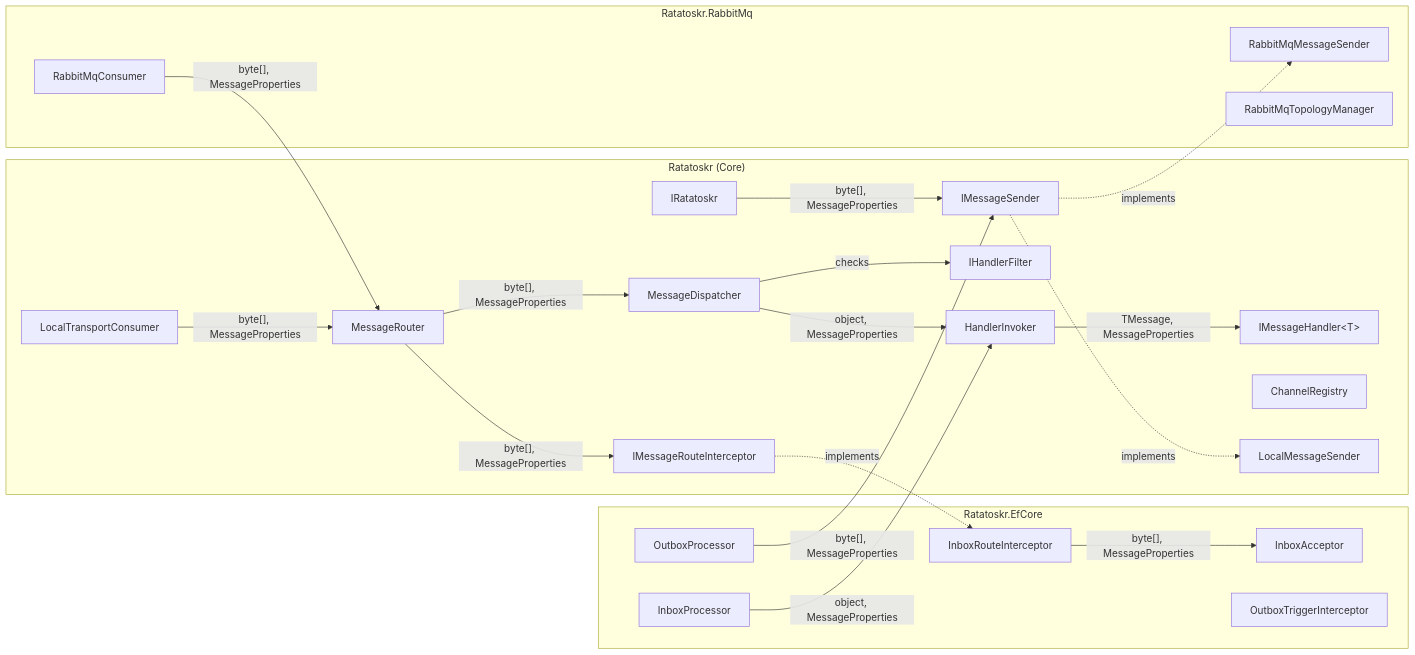
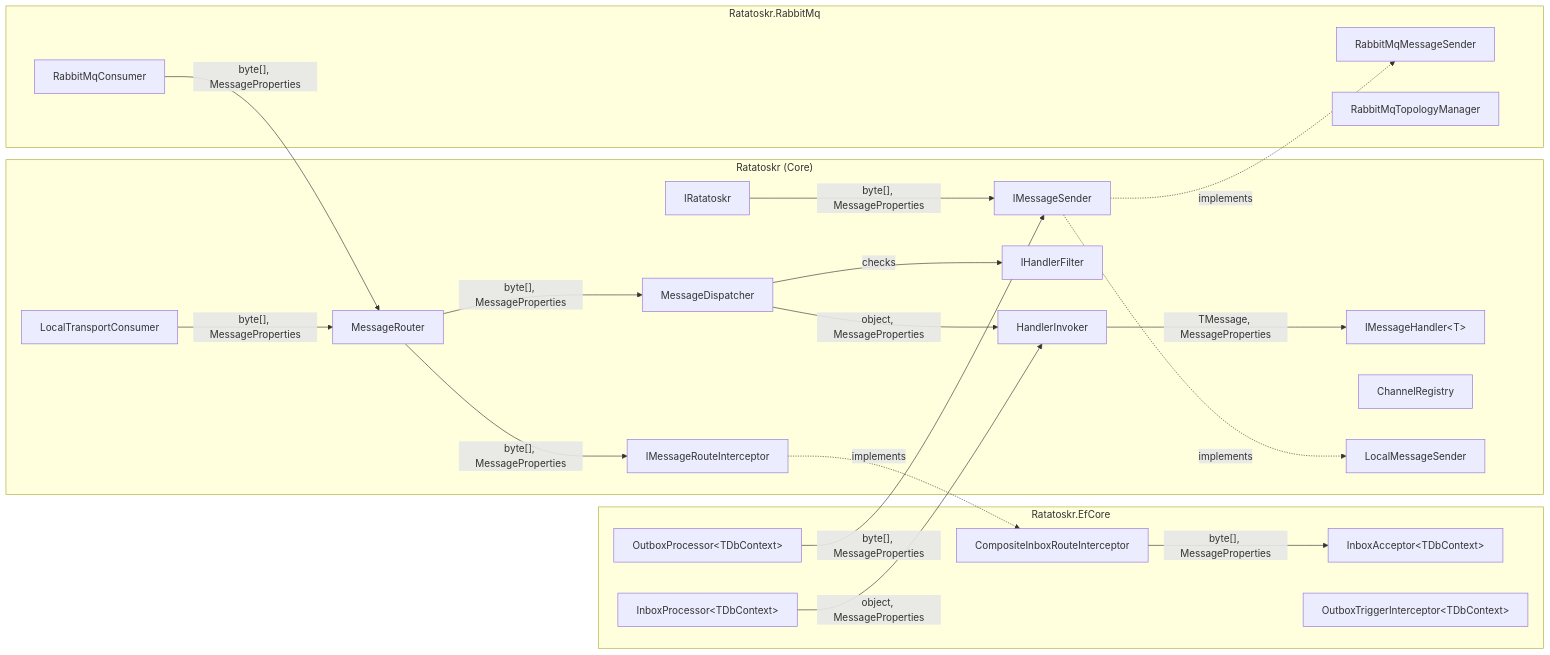
The first of 9 diagrams in docs/architecture.md (saithis/Ratatoskr), drawn with Mermaid before and after one commit. The commit also changed other lines of this file and 33 other files, not shown here.

Commit message:
feat: multiple db contexts support with inbox/outbox cleanup

````diff
--- a/docs/architecture.md
+++ b/docs/architecture.md
@@ -7,45 +7,45 @@
 ```mermaid
 graph LR
     subgraph Core ["Ratatoskr (Core)"]
         IRatatoskr["IRatatoskr"]
         IMessageSender["IMessageSender"]
         IMessageHandler["IMessageHandler&lt;T&gt;"]
         IRouteInterceptor["IMessageRouteInterceptor"]
         IHandlerFilter["IHandlerFilter"]
         MessageRouter["MessageRouter"]
         MessageDispatcher["MessageDispatcher"]
         HandlerInvoker["HandlerInvoker"]
         ChannelRegistry["ChannelRegistry"]
         LocalSender["LocalMessageSender"]
         LocalConsumer["LocalTransportConsumer"]
     end
 
     subgraph EfCore ["Ratatoskr.EfCore"]
-        OutboxProcessor["OutboxProcessor"]
-        InboxProcessor["InboxProcessor"]
-        InboxAcceptor["InboxAcceptor"]
-        InboxInterceptor["InboxRouteInterceptor"]
-        OutboxInterceptor["OutboxTriggerInterceptor"]
+        OutboxProcessor["OutboxProcessor&lt;TDbContext&gt;"]
+        InboxProcessor["InboxProcessor&lt;TDbContext&gt;"]
+        InboxAcceptor["InboxAcceptor&lt;TDbContext&gt;"]
+        InboxInterceptor["CompositeInboxRouteInterceptor"]
+        OutboxInterceptor["OutboxTriggerInterceptor&lt;TDbContext&gt;"]
     end
 
     subgraph RabbitMq ["Ratatoskr.RabbitMq"]
         RmqSender["RabbitMqMessageSender"]
         RmqConsumer["RabbitMqConsumer"]
         TopologyManager["RabbitMqTopologyManager"]
     end
 
     IRatatoskr -->|"byte[], MessageProperties"| IMessageSender
     IMessageSender -.->|"implements"| LocalSender
     IMessageSender -.->|"implements"| RmqSender
     LocalConsumer -->|"byte[], MessageProperties"| MessageRouter
     RmqConsumer -->|"byte[], MessageProperties"| MessageRouter
     MessageRouter -->|"byte[], MessageProperties"| IRouteInterceptor
     IRouteInterceptor -.->|"implements"| InboxInterceptor
     InboxInterceptor -->|"byte[], MessageProperties"| InboxAcceptor
     MessageRouter -->|"byte[], MessageProperties"| MessageDispatcher
     MessageDispatcher -->|"checks"| IHandlerFilter
     MessageDispatcher -->|"object, MessageProperties"| HandlerInvoker
     InboxProcessor -->|"object, MessageProperties"| HandlerInvoker
     OutboxProcessor -->|"byte[], MessageProperties"| IMessageSender
     HandlerInvoker -->|"TMessage, MessageProperties"| IMessageHandler
 ```
````
